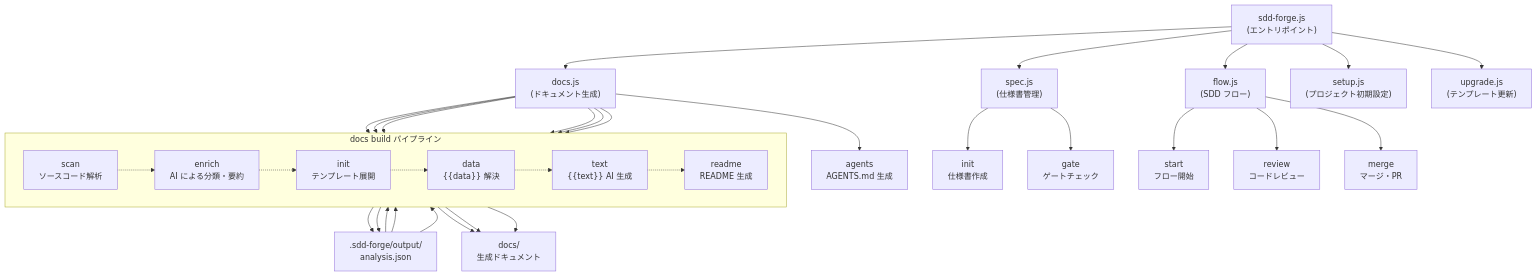
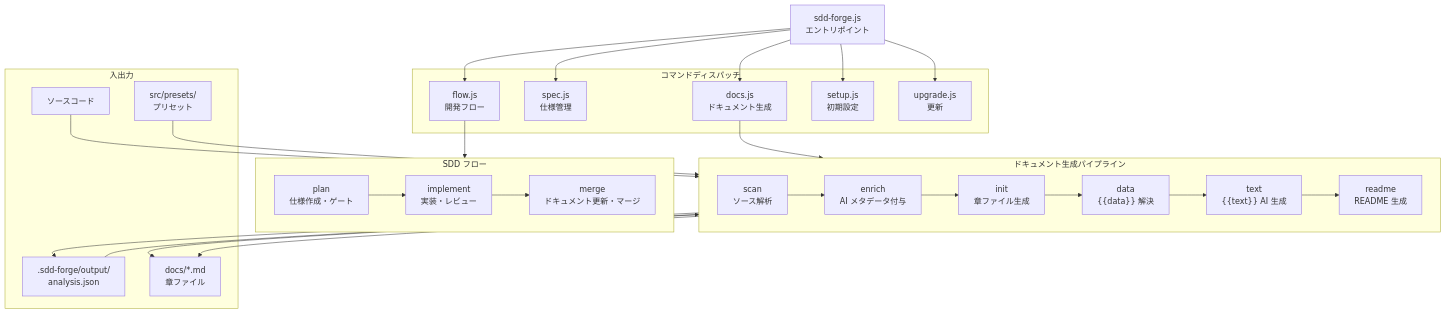
The diagram in docs/ja/overview.md (SpreadWorks/sdd-forge), drawn with Mermaid before and after one commit. The commit also changed other lines of this file and 26 other files, not shown here.

First line of the commit message:
fix: docs build --regenerate, init conflict handling, text skip logic

````diff
--- a/docs/ja/overview.md
+++ b/docs/ja/overview.md
@@ -31,40 +31,51 @@
 ```mermaid
 flowchart TB
-    CLI["sdd-forge.js<br>(エントリポイント)"]
+    CLI["sdd-forge.js<br/>エントリポイント"]
 
-    CLI --> docs["docs.js<br>(ドキュメント生成)"]
-    CLI --> spec["spec.js<br>(仕様書管理)"]
-    CLI --> flow["flow.js<br>(SDD フロー)"]
-    CLI --> setup["setup.js<br>(プロジェクト初期設定)"]
-    CLI --> upgrade["upgrade.js<br>(テンプレート更新)"]
-
-    docs --> scan["scan<br>ソースコード解析"]
-    docs --> enrich["enrich<br>AI による分類・要約"]
-    docs --> init["init<br>テンプレート展開"]
-    docs --> data["data<br>{{data}} 解決"]
-    docs --> text["text<br>{{text}} AI 生成"]
-    docs --> readme["readme<br>README 生成"]
-    docs --> agents["agents<br>AGENTS.md 生成"]
-
-    spec --> specInit["init<br>仕様書作成"]
-    spec --> gate["gate<br>ゲートチェック"]
-
-    flow --> start["start<br>フロー開始"]
-    flow --> review["review<br>コードレビュー"]
-    flow --> merge["merge<br>マージ・PR"]
-
-    scan --> analysisJson[".sdd-forge/output/<br>analysis.json"]
-    analysisJson --> enrich
-    enrich --> analysisJson
-    analysisJson --> data
-    analysisJson --> text
-
-    subgraph pipeline ["docs build パイプライン"]
-        direction LR
-        scan -.-> enrich -.-> init -.-> data -.-> text -.-> readme
+    subgraph dispatch["コマンドディスパッチ"]
+        DOCS["docs.js<br/>ドキュメント生成"]
+        SPEC["spec.js<br/>仕様管理"]
+        FLOW["flow.js<br/>開発フロー"]
+        SETUP["setup.js<br/>初期設定"]
+        UPGRADE["upgrade.js<br/>更新"]
     end
 
-    init --> docsDir["docs/<br>生成ドキュメント"]
-    data --> docsDir
-    text --> docsDir
+    CLI --> DOCS
+    CLI --> SPEC
+    CLI --> FLOW
+    CLI --> SETUP
+    CLI --> UPGRADE
+
+    subgraph pipeline["ドキュメント生成パイプライン"]
+        direction LR
+        SCAN["scan<br/>ソース解析"] --> ENRICH["enrich<br/>AI メタデータ付与"]
+        ENRICH --> INIT["init<br/>章ファイル生成"]
+        INIT --> DATA["data<br/>{{data}} 解決"]
+        DATA --> TEXT["text<br/>{{text}} AI 生成"]
+        TEXT --> README["readme<br/>README 生成"]
+    end
+
+    DOCS --> pipeline
+
+    subgraph sdd["SDD フロー"]
+        direction LR
+        PLAN["plan<br/>仕様作成・ゲート"] --> IMPL["implement<br/>実装・レビュー"]
+        IMPL --> MERGE["merge<br/>ドキュメント更新・マージ"]
+    end
+
+    FLOW --> sdd
+
+    subgraph io["入出力"]
+        SRC["ソースコード"]
+        ANALYSIS[".sdd-forge/output/<br/>analysis.json"]
+        CHAPTERS["docs/*.md<br/>章ファイル"]
+        PRESETS["src/presets/<br/>プリセット"]
+    end
+
+    SRC --> SCAN
+    SCAN --> ANALYSIS
+    PRESETS --> INIT
+    ANALYSIS --> DATA
+    DATA --> CHAPTERS
+    TEXT --> CHAPTERS
 ```
````
